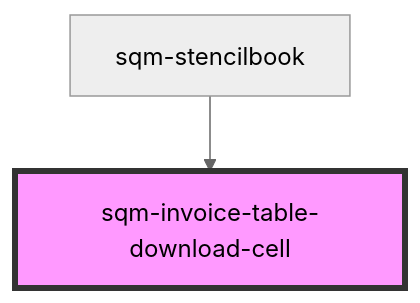
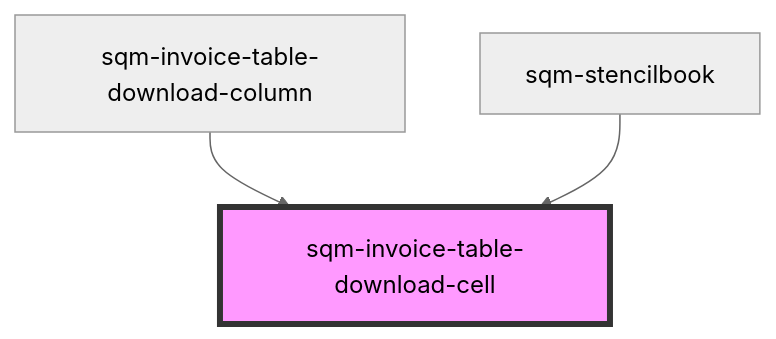
One commit to saasquatch/program-tools changed the diagram in packages/mint-components/src/components/sqm-invoice-table/cells/readme.md. Above: the diagram before and after it, drawn with Mermaid (neutral theme). The commit also changed other lines of this file and 21 other files, not shown here.

````diff
--- a/packages/mint-components/src/components/sqm-invoice-table/cells/readme.md
+++ b/packages/mint-components/src/components/sqm-invoice-table/cells/readme.md
@@ -22,5 +23,6 @@
 ```mermaid
 graph TD;
+  sqm-invoice-table-download-column --> sqm-invoice-table-download-cell
   sqm-stencilbook --> sqm-invoice-table-download-cell
   style sqm-invoice-table-download-cell fill:#f9f,stroke:#333,stroke-width:4px
 ```
````
